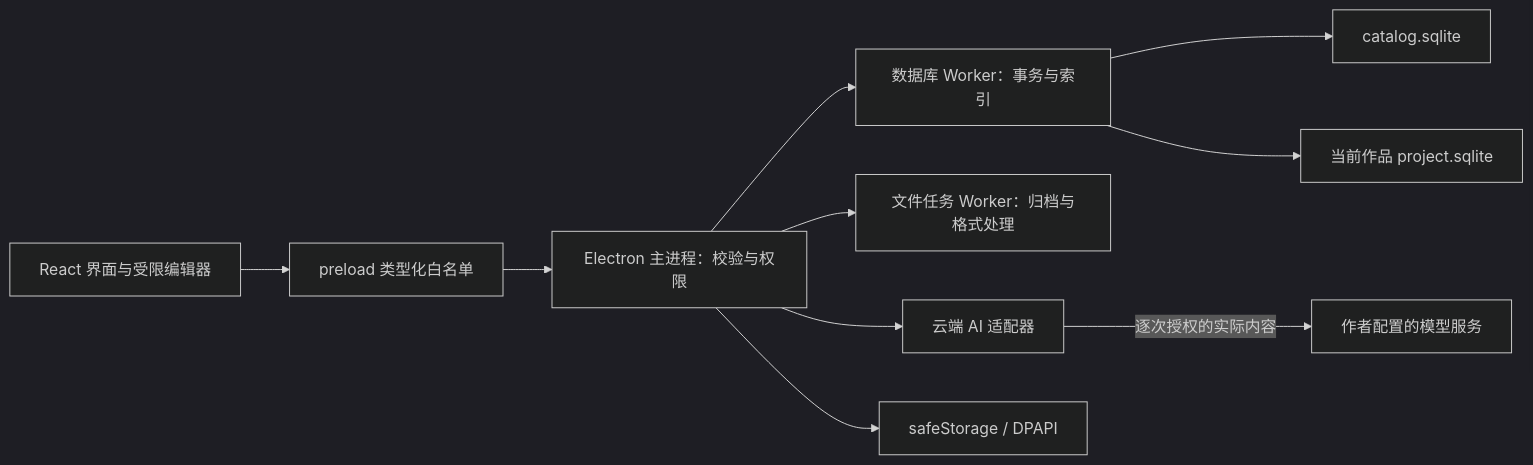
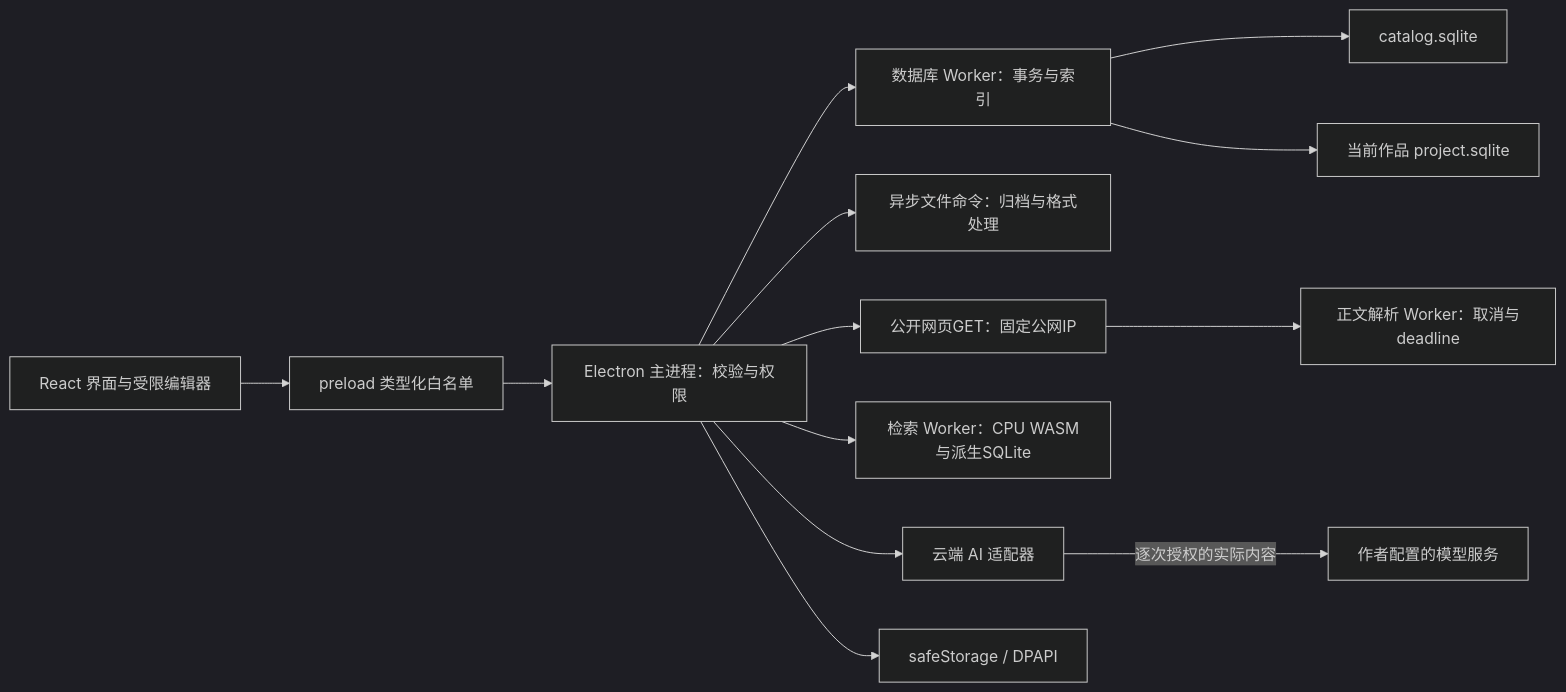
One commit to Garzipher/Rain_Soul changed the diagram in docs/Rain_Soul_技术方案.md. Above: the diagram before and after it, drawn with Mermaid (dark theme). The commit also changed other lines of this file and 3 other files, not shown here.

First line of the commit message:
docs(基线): 同步来源检索与schema7实施状态

````diff
--- a/docs/Rain_Soul_技术方案.md
+++ b/docs/Rain_Soul_技术方案.md
@@ -46,12 +49,15 @@
 ```mermaid
 flowchart LR
   R[React 界面与受限编辑器] --> P[preload 类型化白名单]
   P --> M[Electron 主进程：校验与权限]
   M --> D[数据库 Worker：事务与索引]
   D --> C[catalog.sqlite]
   D --> W[当前作品 project.sqlite]
-  M --> F[文件任务 Worker：归档与格式处理]
+  M --> F[异步文件命令：归档与格式处理]
+  M --> H[公开网页GET：固定公网IP]
+  H --> X[正文解析 Worker：取消与deadline]
+  M --> V[检索 Worker：CPU WASM与派生SQLite]
   M --> A[云端 AI 适配器]
   M --> K[safeStorage / DPAPI]
   A -->|逐次授权的实际内容| S[作者配置的模型服务]
 ```
````
